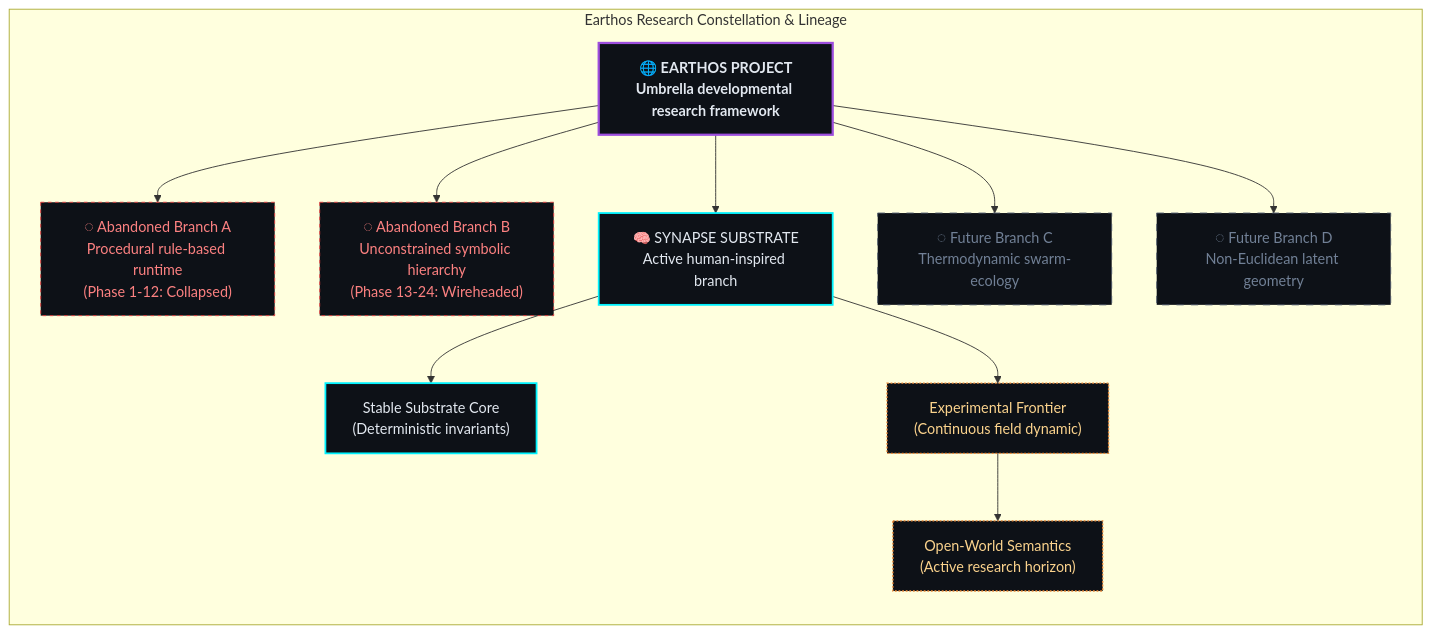
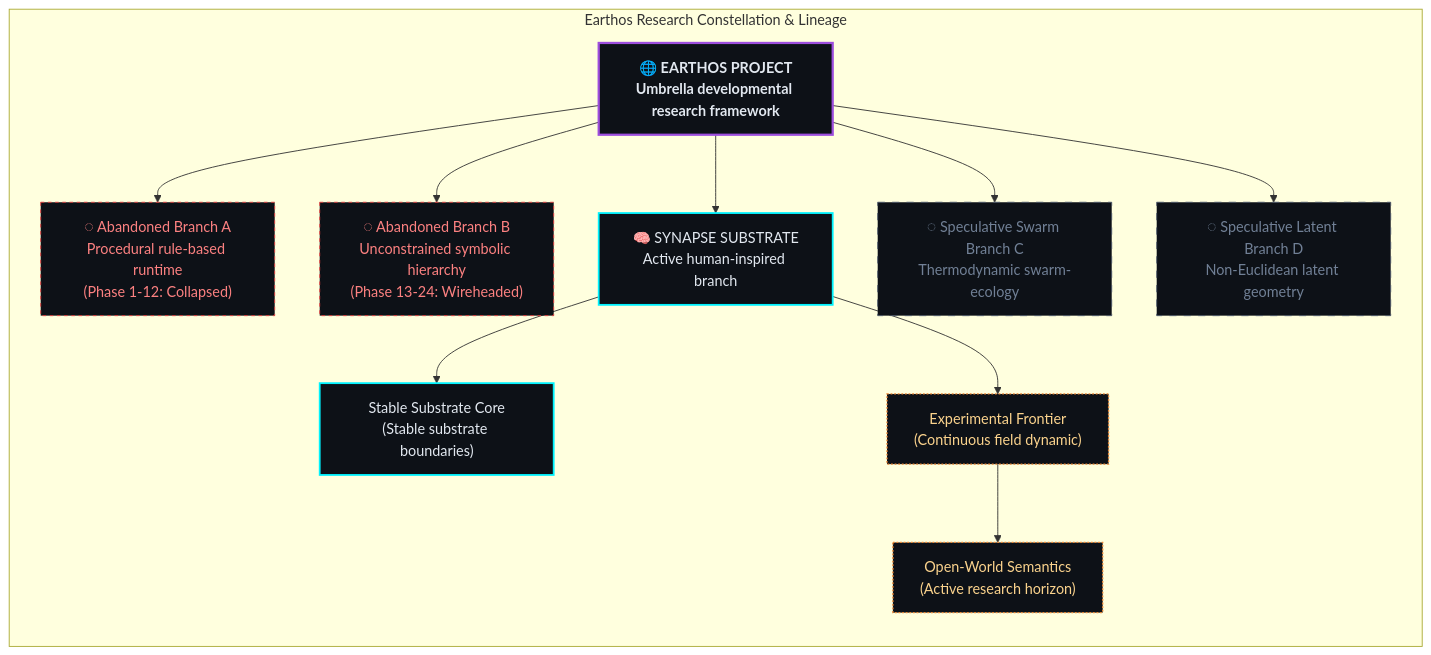
Before and after one commit to rk-roshan-kr/Earthos-public: the second of 9 diagrams in docs/architecture.md, drawn with Mermaid. The commit also changed other lines of this file, not shown here.

Commit message:
docs: complete final master rewrite of architecture.md

````diff
--- a/docs/architecture.md
+++ b/docs/architecture.md
@@ -62,29 +64,29 @@
 ```mermaid
 graph TD
     classDef program fill:#0d1117,stroke:#9d4edd,stroke-width:2.5px,color:#e2e8f0,font-weight:bold;
     classDef branch fill:#0d1117,stroke:#00f2fe,stroke-width:2px,color:#e2e8f0;
     classDef abandoned fill:#0d1117,stroke:#e53e3e,stroke-width:1px,color:#fc8181,stroke-dasharray: 4 4;
     classDef frontier fill:#0d1117,stroke:#ed8936,stroke-width:1.5px,color:#fbd38d,stroke-dasharray: 2 2;
     classDef future fill:#0d1117,stroke:#4a5568,stroke-width:1px,color:#718096,stroke-dasharray: 8 8;
 
     subgraph CONSTELLATION ["Earthos Research Constellation & Lineage"]
         direction TB
         E["🌐 EARTHOS PROJECT\nUmbrella developmental research framework"]:::program
 
         %% Historical branches / Abandoned paths
         E --> AB1["◌ Abandoned Branch A\nProcedural rule-based runtime\n(Phase 1-12: Collapsed)"]:::abandoned
         E --> AB2["◌ Abandoned Branch B\nUnconstrained symbolic hierarchy\n(Phase 13-24: Wireheaded)"]:::abandoned
 
         %% Active substrate
         E --> Syn["🧠 SYNAPSE SUBSTRATE\nActive human-inspired branch"]:::branch
         
         %% Speculative future directions
-        E --> F1["◌ Future Branch C\nThermodynamic swarm-ecology"]:::future
-        E --> F2["◌ Future Branch D\nNon-Euclidean latent geometry"]:::future
+        E --> F1["◌ Speculative Swarm Branch C\nThermodynamic swarm-ecology"]:::future
+        E --> F2["◌ Speculative Latent Branch D\nNon-Euclidean latent geometry"]:::future
 
         %% Subsystem mapping
-        Syn --> Core["Stable Substrate Core\n(Deterministic invariants)"]:::branch
+        Syn --> Core["Stable Substrate Core\n(Stable substrate boundaries)"]:::branch
         Syn --> Frontier["Experimental Frontier\n(Continuous field dynamic)"]:::frontier
         Frontier --> Open["Open-World Semantics\n(Active research horizon)"]:::frontier
     end
 ```
````
